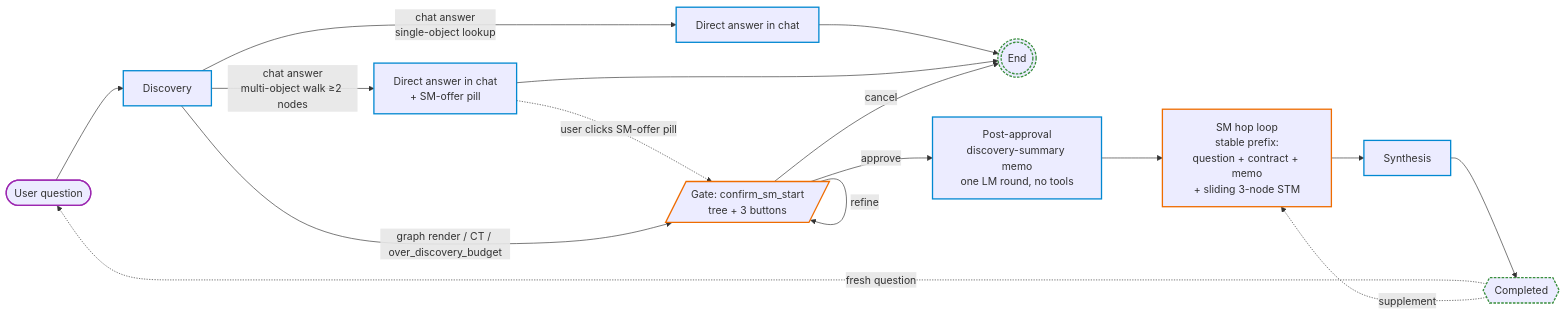
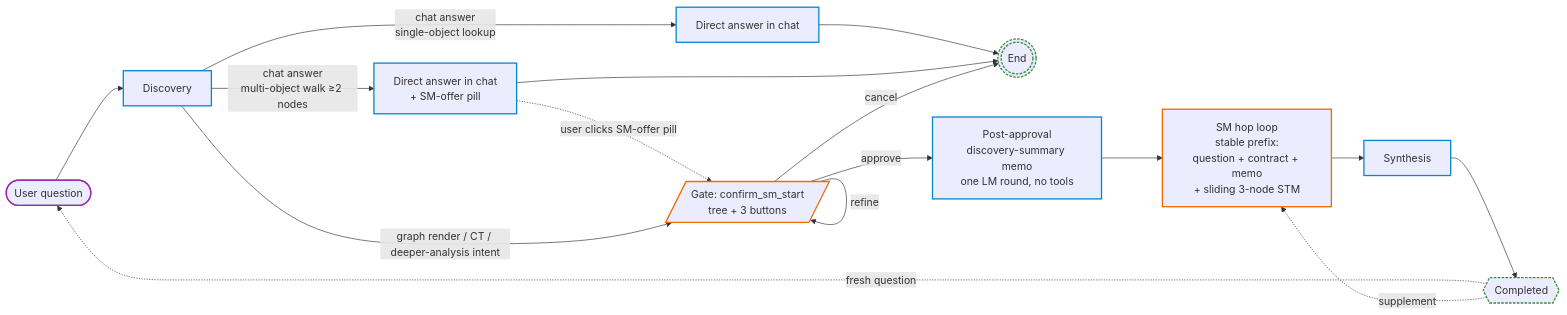
One commit to ChrisDevRepo/vscode_data_lineage changed the first of 7 diagrams in docs/ARCHITECTURE.md. Above: the diagram before and after it, drawn with Mermaid. The commit also changed other lines of this file and 9 other files, not shown here.

Commit message:
fix(ai-routing): gate scope only at start_exploration and align prompt/docs

````diff
--- a/docs/ARCHITECTURE.md
+++ b/docs/ARCHITECTURE.md
@@ -9,23 +9,23 @@
 ```mermaid
 flowchart LR
     U([User question]):::user --> D[Discovery]:::ai
     D -->|chat answer<br/>single-object lookup| R1[Direct answer in chat]:::ai
     R1 --> EX(((End))):::done
     D -->|chat answer<br/>multi-object walk ≥2 nodes| R2[Direct answer in chat<br/>+ SM-offer pill]:::ai
     R2 --> EX
     R2 -.->|user clicks SM-offer pill| GG
-    D -->|graph render / CT / over_discovery_budget| GG[/Gate: confirm_sm_start<br/>tree + 3 buttons/]:::engine
+    D -->|graph render / CT / deeper-analysis intent| GG[/Gate: confirm_sm_start<br/>tree + 3 buttons/]:::engine
     GG -->|approve| CMP[Post-approval<br/>discovery-summary memo<br/>one LM round, no tools]:::ai
     CMP --> SM[SM hop loop<br/>stable prefix:<br/>question + contract + memo<br/>+ sliding 3-node STM]:::engine
     GG -->|refine| GG
     GG -->|cancel| EX
     SM --> SY[Synthesis]:::ai
     SY --> C{{Completed}}:::done
     C -.->|fresh question| U
     C -.->|supplement| SM
 
     classDef user stroke:#9c27b0,stroke-width:2px
     classDef ai stroke:#0288d1,stroke-width:2px
     classDef engine stroke:#ef6c00,stroke-width:2px
     classDef done stroke:#388e3c,stroke-width:2px,stroke-dasharray:4 2
 ```
````
